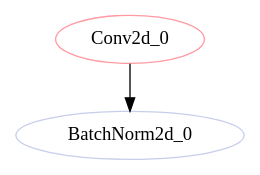
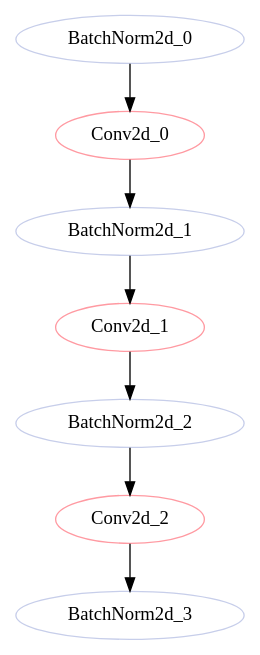
Before and after one commit to 11222-Meng/DNN_Bottlen_Layer_Analysis: the diagram in dags/mobilenet_v2_latency_features_17_conv_2_op.dot, drawn with Graphviz. The commit also changed 135 other files, not shown here.

```diff
--- a/dags/mobilenet_v2_latency_features_17_conv_2_op.dot
+++ b/dags/mobilenet_v2_latency_features_17_conv_2_op.dot
@@ -1,11 +1,36 @@
 strict digraph "" {
+	BatchNorm2d_0	[color="#C7CEEA",
+		layer_name="features.17.conv.0.1",
+		params=1920,
+		type=BatchNorm2d];
 	Conv2d_0	[color="#FF9AA2",
+		layer_name="features.17.conv.1.0",
+		params=8640,
+		type=Conv2d];
+	BatchNorm2d_0 -> Conv2d_0;
+	BatchNorm2d_1	[color="#C7CEEA",
+		layer_name="features.17.conv.1.1",
+		params=1920,
+		type=BatchNorm2d];
+	Conv2d_0 -> BatchNorm2d_1;
+	Conv2d_1	[color="#FF9AA2",
 		layer_name="features.17.conv.2",
 		params=307200,
 		type=Conv2d];
-	BatchNorm2d_0	[color="#C7CEEA",
+	BatchNorm2d_1 -> Conv2d_1;
+	BatchNorm2d_2	[color="#C7CEEA",
 		layer_name="features.17.conv.3",
 		params=640,
 		type=BatchNorm2d];
-	Conv2d_0 -> BatchNorm2d_0;
+	Conv2d_1 -> BatchNorm2d_2;
+	Conv2d_2	[color="#FF9AA2",
+		layer_name="features.18.0",
+		params=409600,
+		type=Conv2d];
+	BatchNorm2d_2 -> Conv2d_2;
+	BatchNorm2d_3	[color="#C7CEEA",
+		layer_name="features.18.1",
+		params=2560,
+		type=BatchNorm2d];
+	Conv2d_2 -> BatchNorm2d_3;
 }
```
